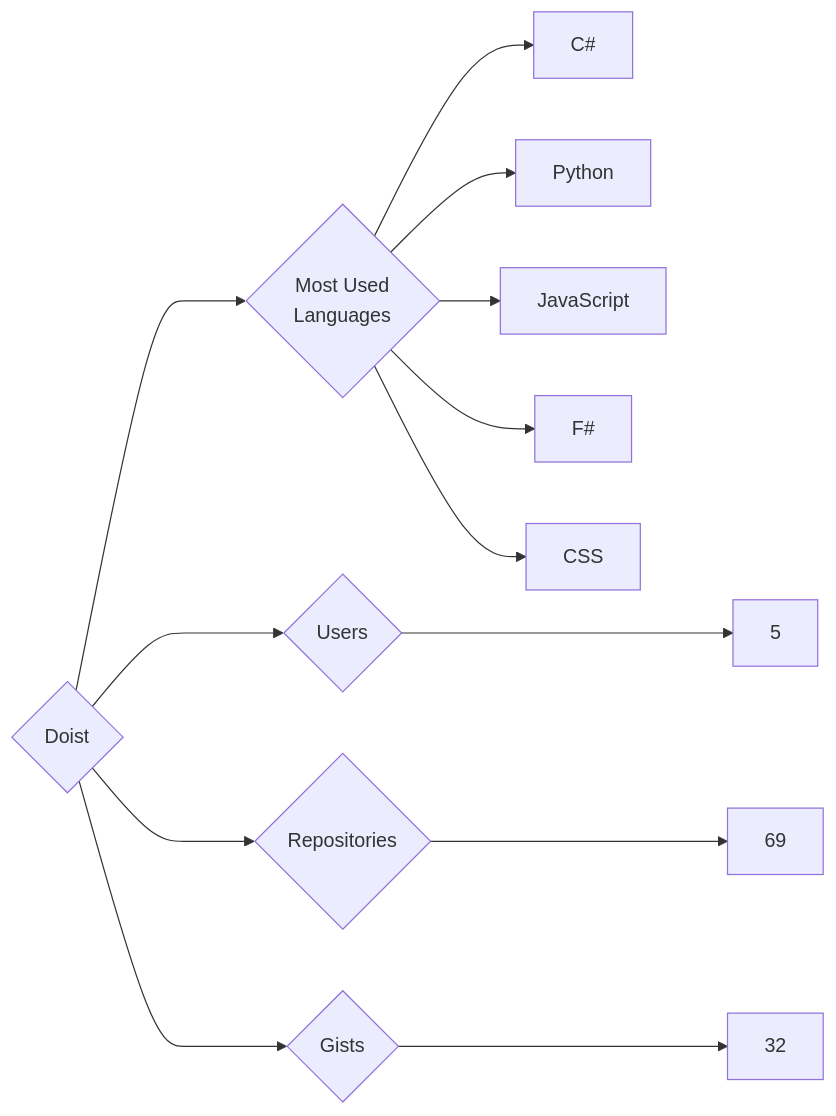
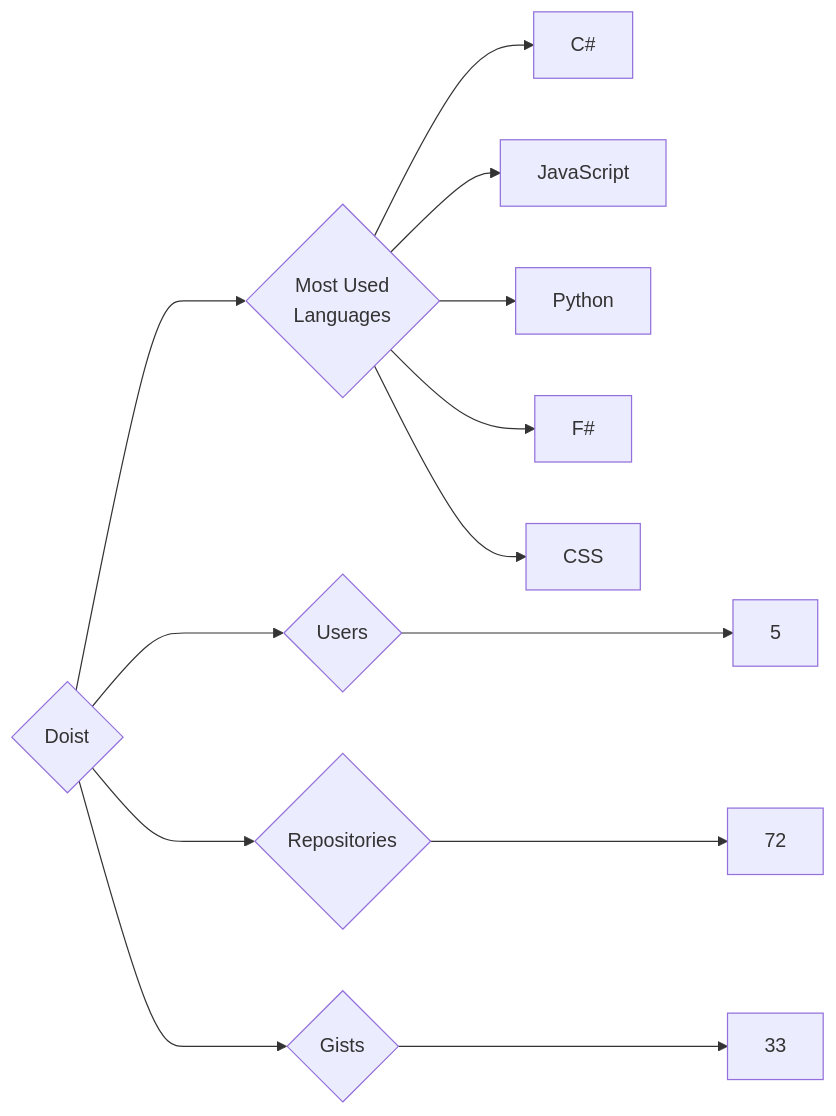
Before and after one commit to trickest/insiders: the diagram in targets/Doist/README.md, drawn with Mermaid. The commit also changed 912 other files, not shown here.

````diff
--- a/targets/Doist/README.md
+++ b/targets/Doist/README.md
@@ -3,13 +3,13 @@
 ```mermaid
 graph LR
 COMPANY_NAME{Doist}
 COMPANY_NAME ---> U{Users} ---> UN[5]
-COMPANY_NAME ---> R{Repositories} ---> RN[69]
-COMPANY_NAME ---> G{Gists} ---> GN[32]
+COMPANY_NAME ---> R{Repositories} ---> RN[72]
+COMPANY_NAME ---> G{Gists} ---> GN[33]
 COMPANY_NAME ---> ML{Most Used<br>Languages}
 ML --> C#[C#]
+ML --> JavaScript[JavaScript]
 ML --> Python[Python]
-ML --> JavaScript[JavaScript]
 ML --> F#[F#]
 ML --> CSS[CSS]
 ```
````
